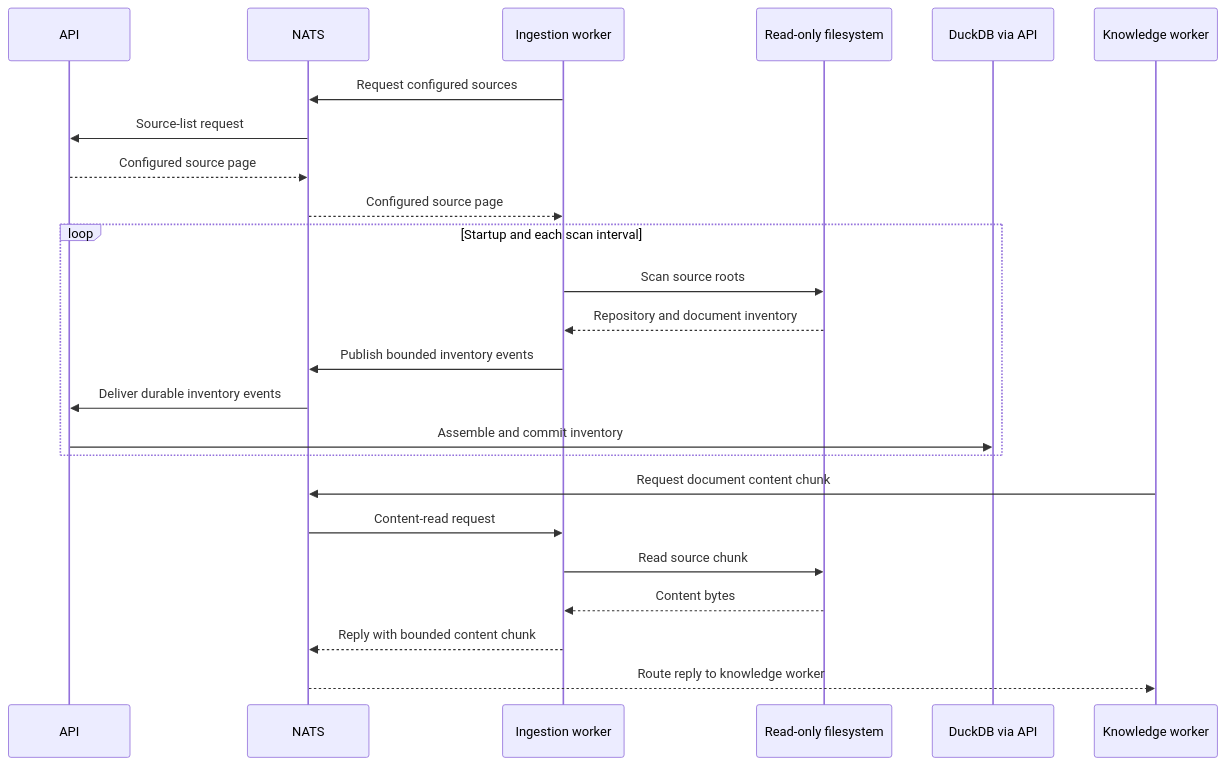
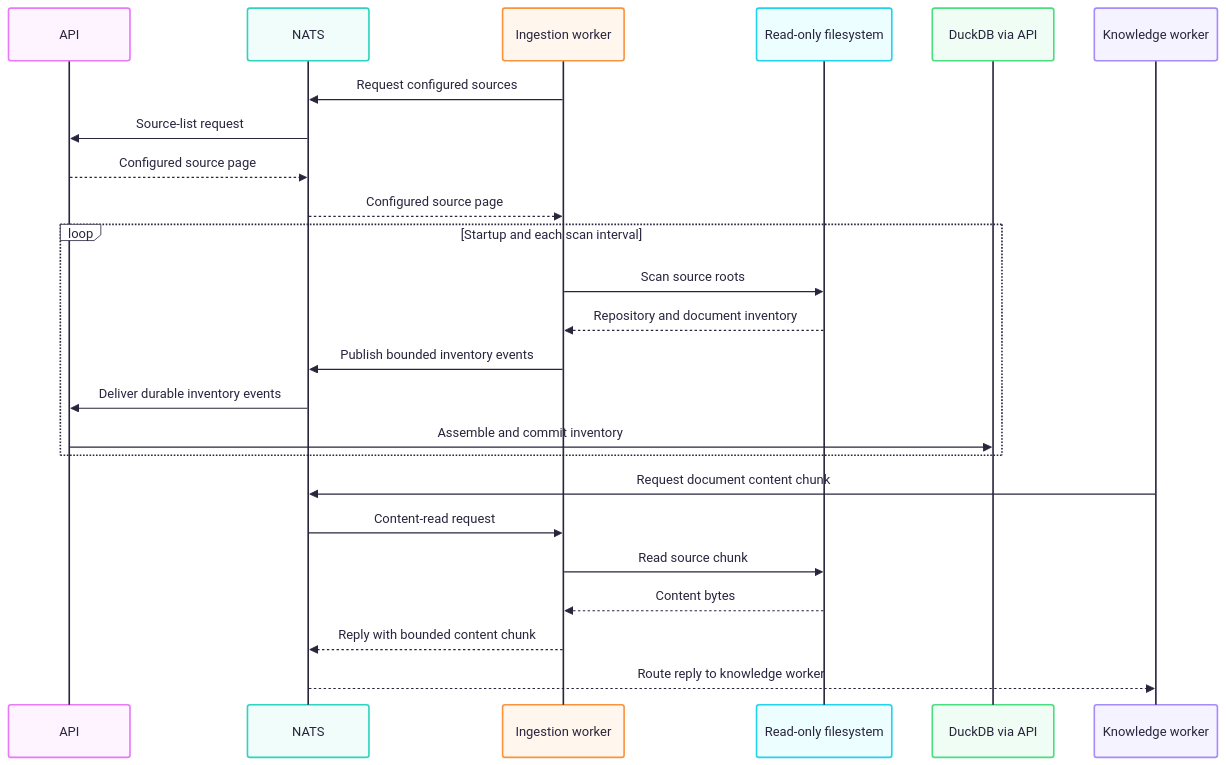
The diagram in apps/ingestion-worker/README.md (chrisob55/workspace-brain), drawn with Mermaid before and after one commit. The commit also changed 11 other files, not shown here.

First line of the commit message:
docs(architecture): standardize Mermaid diagram theme

````diff
--- a/apps/ingestion-worker/README.md
+++ b/apps/ingestion-worker/README.md
@@ -9,26 +9,30 @@
 ```mermaid
+---
+config:
+  theme: redux-color
+---
 sequenceDiagram
   participant API as API
   participant Bus as NATS
   participant Worker as Ingestion worker
   participant FS as Read-only filesystem
   participant DB as DuckDB via API
   participant Knowledge as Knowledge worker
   Worker->>Bus: Request configured sources
   Bus->>API: Source-list request
   API-->>Bus: Configured source page
   Bus-->>Worker: Configured source page
   loop Startup and each scan interval
     Worker->>FS: Scan source roots
     FS-->>Worker: Repository and document inventory
     Worker->>Bus: Publish bounded inventory events
     Bus->>API: Deliver durable inventory events
     API->>DB: Assemble and commit inventory
   end
   Knowledge->>Bus: Request document content chunk
   Bus->>Worker: Content-read request
   Worker->>FS: Read source chunk
   FS-->>Worker: Content bytes
   Worker-->>Bus: Reply with bounded content chunk
   Bus-->>Knowledge: Route reply to knowledge worker
 ```
````
